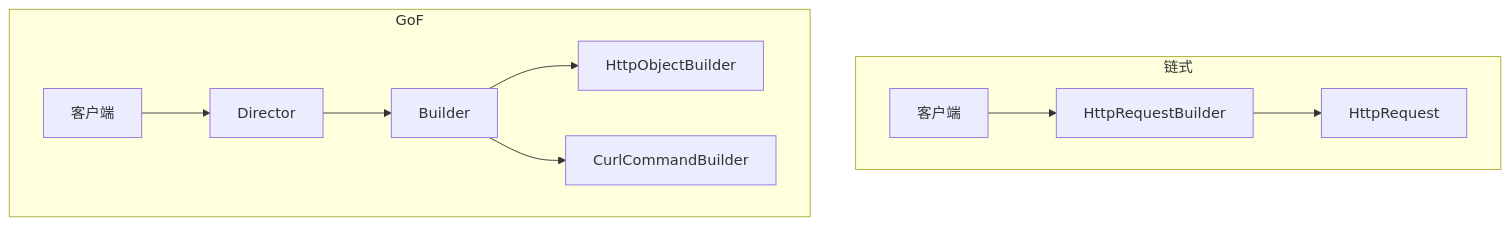
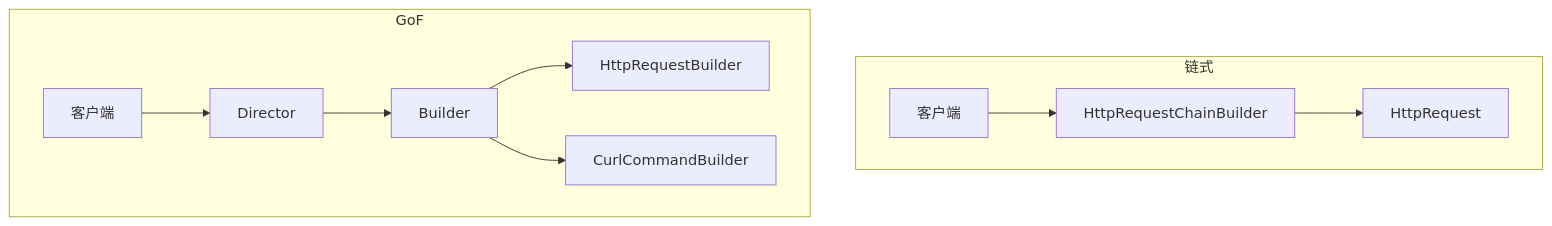
The eighth of 9 diagrams in docs/creational/builder.md (zackdlut/design_pattern), drawn with Mermaid before and after one commit. The commit also changed other lines of this file and 6 other files, not shown here.

````diff
--- a/docs/creational/builder.md
+++ b/docs/creational/builder.md
@@ -292,13 +292,13 @@
 ```mermaid
 flowchart TB
   subgraph 链式
-    Client1[客户端] --> FB[HttpRequestBuilder]
+    Client1[客户端] --> FB[HttpRequestChainBuilder]
     FB --> P1[HttpRequest]
   end
   subgraph GoF
     Client2[客户端] --> Dir[Director]
     Dir --> Bld[Builder]
-    Bld --> HO[HttpObjectBuilder]
+    Bld --> HO[HttpRequestBuilder]
     Bld --> CC[CurlCommandBuilder]
   end
 ```
````
